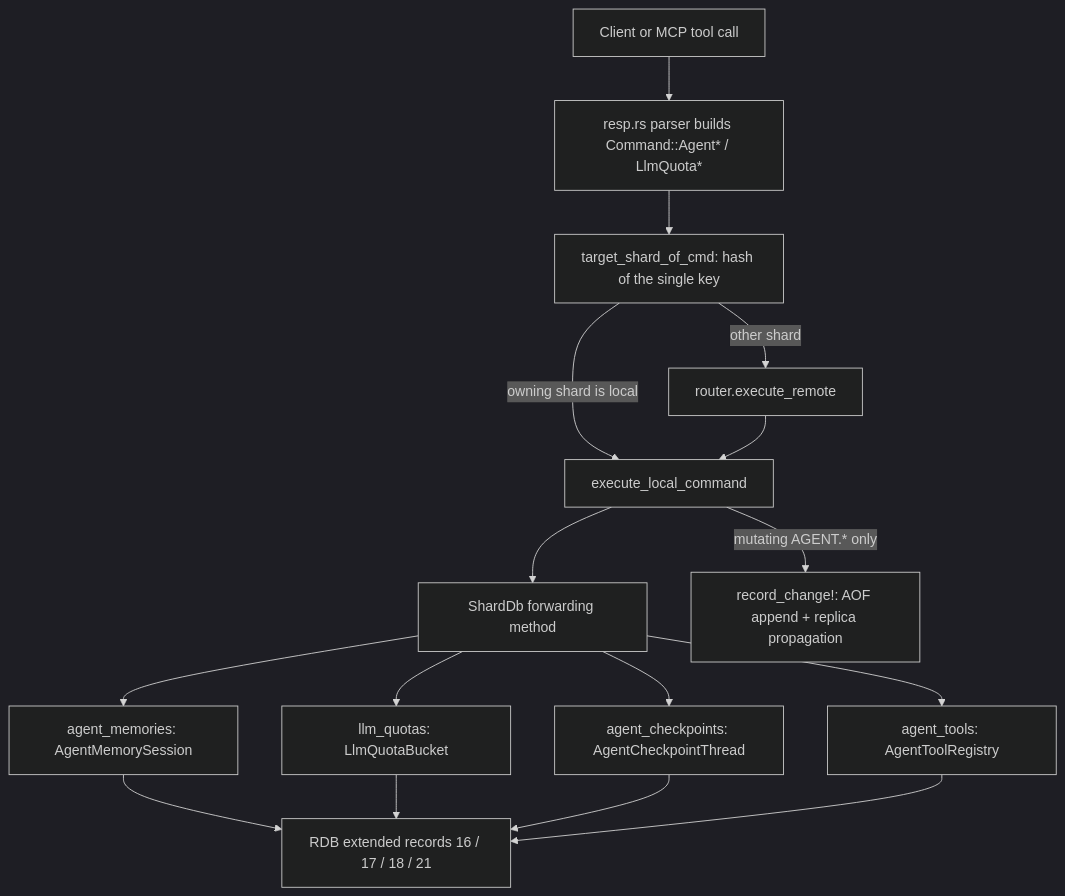
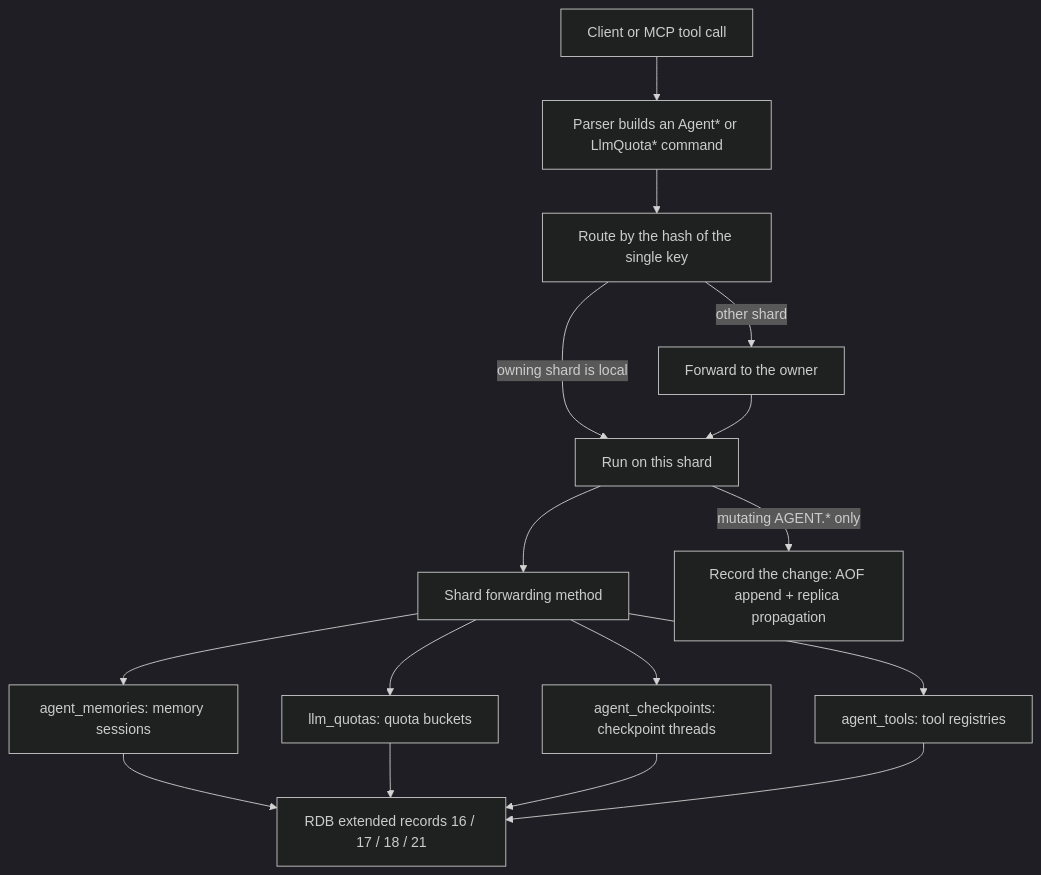
The first of 2 diagrams in docs/internal/20_agent_memory.md (warrenzhu25/rudis), drawn with Mermaid (dark theme) before and after one commit. The commit also changed other lines of this file, not shown here.

First line of the commit message:
docs(internal): rewrite agent memory guide in the prose-first style

````diff
--- a/docs/internal/20_agent_memory.md
+++ b/docs/internal/20_agent_memory.md
@@ -52,17 +44,17 @@
 ```mermaid
 flowchart TD
-    C["Client or MCP tool call"] --> P["resp.rs parser builds Command::Agent* / LlmQuota*"]
-    P --> R["target_shard_of_cmd: hash of the single key"]
-    R -->|"owning shard is local"| X["execute_local_command"]
-    R -->|"other shard"| F["router.execute_remote"] --> X
-    X --> S["ShardDb forwarding method"]
-    S --> M["agent_memories: AgentMemorySession"]
-    S --> Q["llm_quotas: LlmQuotaBucket"]
-    S --> K["agent_checkpoints: AgentCheckpointThread"]
-    S --> T["agent_tools: AgentToolRegistry"]
-    X -->|"mutating AGENT.* only"| L["record_change!: AOF append + replica propagation"]
+    C["Client or MCP tool call"] --> P["Parser builds an Agent* or LlmQuota* command"]
+    P --> R["Route by the hash of the single key"]
+    R -->|"owning shard is local"| X["Run on this shard"]
+    R -->|"other shard"| F["Forward to the owner"] --> X
+    X --> S["Shard forwarding method"]
+    S --> M["agent_memories: memory sessions"]
+    S --> Q["llm_quotas: quota buckets"]
+    S --> K["agent_checkpoints: checkpoint threads"]
+    S --> T["agent_tools: tool registries"]
+    X -->|"mutating AGENT.* only"| L["Record the change: AOF append + replica propagation"]
     M --> D["RDB extended records 16 / 17 / 18 / 21"]
     Q --> D
     K --> D
     T --> D
 ```
````
